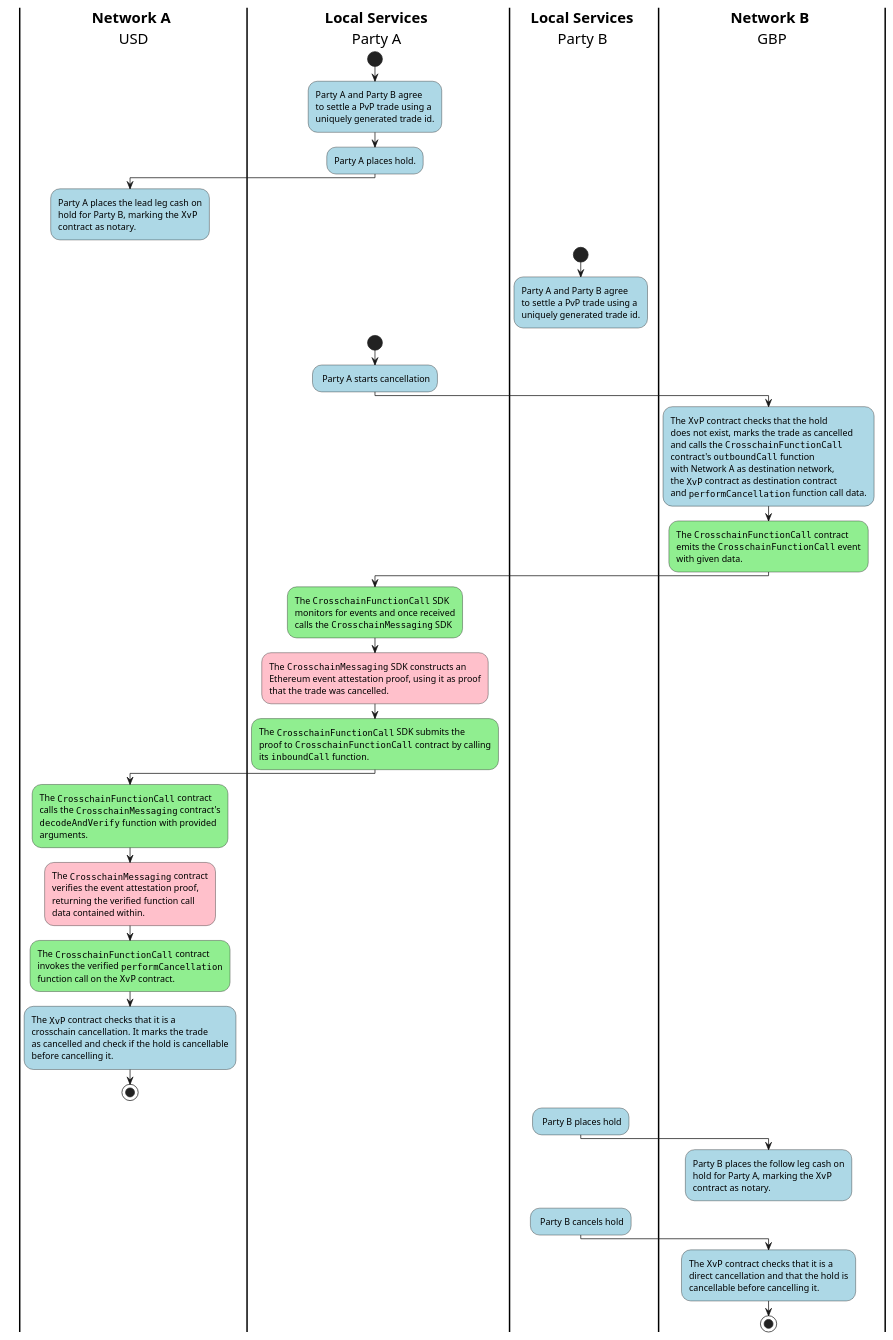
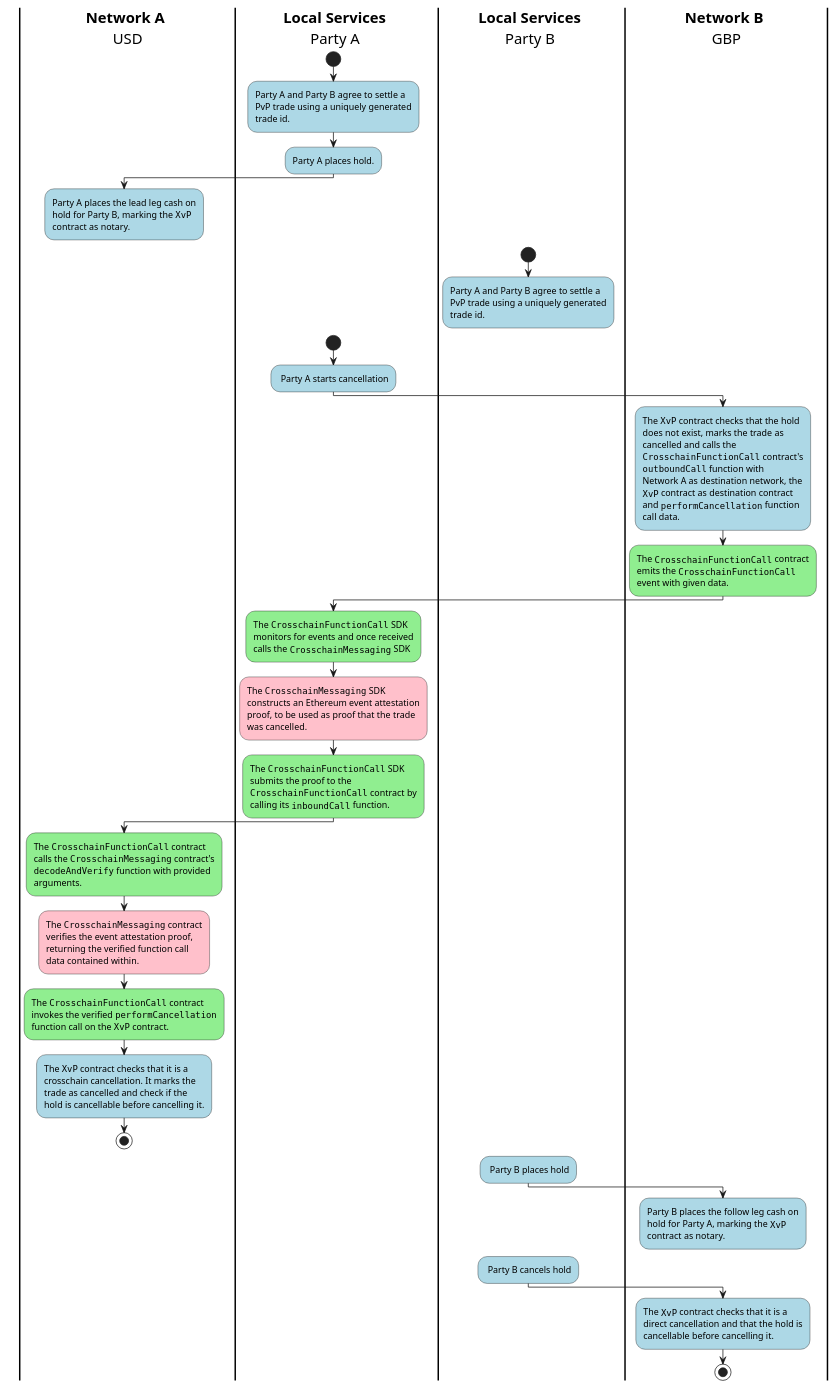
Before and after one commit to hyperledger-labs/harmonia: the diagram in docs/adhara/img/pvp_cancellation_on_following.puml, drawn with PlantUML. The commit also changed 18 other files, not shown here.

```diff
--- a/docs/adhara/img/pvp_cancellation_on_following.puml
+++ b/docs/adhara/img/pvp_cancellation_on_following.puml
@@ -1,112 +1,116 @@
 @startuml 2_3_1_pvp_cancellation_on_follow_ledger_activity_diagram
 skinparam ActivityBackgroundColor LightBlue
 skinparam activityDiamondBackgroundColor transparent
 skinparam defaultTextAlignment left
 skinparam shadowing false
 skinparam Swimlane {
   TitleFontColor black
   TitleFontSize 20
   BorderColor black
   BorderThickness 2
-  width same
+  width 500
 }
 
 | **Network A**\n        USD  |
 | **Local Services**\n        Party A |
 | **Local Services**\n        Party B |
 
 | **Local Services**\n        Party A |
 
   start
-  :Party A and Party B agree
-  to settle a PvP trade using a
-  uniquely generated trade id.;
+  :Party A and Party B agree to settle a
+  PvP trade using a uniquely generated
+  trade id.;
   :Party A places hold.;
 
 | **Network A**\n        USD  |
 
   :Party A places the lead leg cash on
   hold for Party B, marking the ""XvP""
   contract as notary.;
   detach
 
 | **Local Services**\n        Party B |
 
   start
-  :Party A and Party B agree
-  to settle a PvP trade using a
-  uniquely generated trade id.;
+  :Party A and Party B agree to settle a
+  PvP trade using a uniquely generated
+  trade id.;
   detach
 
 | **Local Services**\n        Party A |
 
   start
   : Party A starts cancellation;
 
 | **Network B**\n        GBP |
 
   :The ""XvP"" contract checks that the hold
-  does not exist, marks the trade as cancelled
-  and calls the ""CrosschainFunctionCall""
-  contract's ""outboundCall"" function
-  with Network A as destination network,
-  the ""XvP"" contract as destination contract
-  and ""performCancellation"" function call data.;
+  does not exist, marks the trade as
+  cancelled and calls the
+  ""CrosschainFunctionCall"" contract's
+  ""outboundCall"" function with
+  Network A as destination network, the
+  ""XvP"" contract as destination contract
+  and ""performCancellation"" function
+  call data.;
   #lightGreen:The ""CrosschainFunctionCall"" contract
-  emits the ""CrosschainFunctionCall"" event
-  with given data.;
+  emits the ""CrosschainFunctionCall""
+  event with given data.;
 
 | **Local Services**\n        Party A |
 
    #lightGreen:The ""CrosschainFunctionCall"" SDK
    monitors for events and once received
    calls the ""CrosschainMessaging"" SDK;
-   #Pink:The ""CrosschainMessaging"" SDK constructs an
-   Ethereum event attestation proof, using it as proof
-   that the trade was cancelled.;
-   #lightGreen:The ""CrosschainFunctionCall"" SDK submits the
-   proof to ""CrosschainFunctionCall"" contract by calling
-   its ""inboundCall"" function.;
+   #Pink:The ""CrosschainMessaging"" SDK
+   constructs an Ethereum event attestation
+   proof, to be used as proof that the trade
+   was cancelled.;
+   #lightGreen:The ""CrosschainFunctionCall"" SDK
+   submits the proof to the
+   ""CrosschainFunctionCall"" contract by
+   calling its ""inboundCall"" function.;
 
 | **Network A**\n        USD  |
 
   #lightGreen:The ""CrosschainFunctionCall"" contract
   calls the ""CrosschainMessaging"" contract's
   ""decodeAndVerify"" function with provided
   arguments.;
   #Pink:The ""CrosschainMessaging"" contract
   verifies the event attestation proof,
   returning the verified function call
   data contained within.;
   #lightGreen:The ""CrosschainFunctionCall"" contract
   invokes the verified ""performCancellation""
   function call on the ""XvP"" contract.;
   :The ""XvP"" contract checks that it is a
-  crosschain cancellation. It marks the trade
-  as cancelled and check if the hold is cancellable
-  before cancelling it.;
+  crosschain cancellation. It marks the
+  trade as cancelled and check if the
+  hold is cancellable before cancelling it.;
   stop
 
 | **Local Services**\n        Party B |
 
   : Party B places hold;
 
 | **Network B**\n        GBP |
 
   :Party B places the follow leg cash on
   hold for Party A, marking the ""XvP""
   contract as notary.;
   detach
 
 | **Local Services**\n        Party B |
 
   : Party B cancels hold;
 
 | **Network B**\n        GBP |
 
   :The ""XvP"" contract checks that it is a
   direct cancellation and that the hold is
   cancellable before cancelling it.;
   stop
 
 @enduml
```
